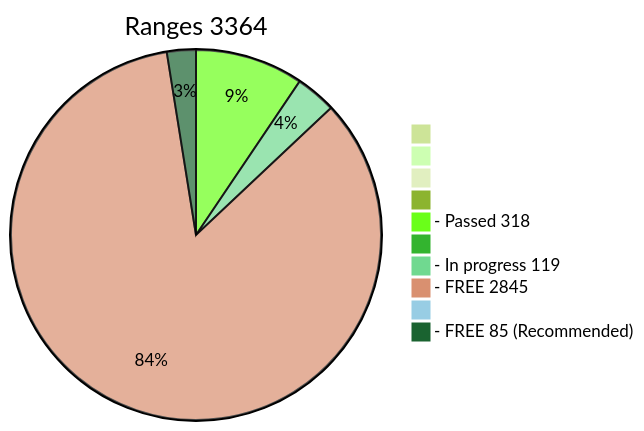
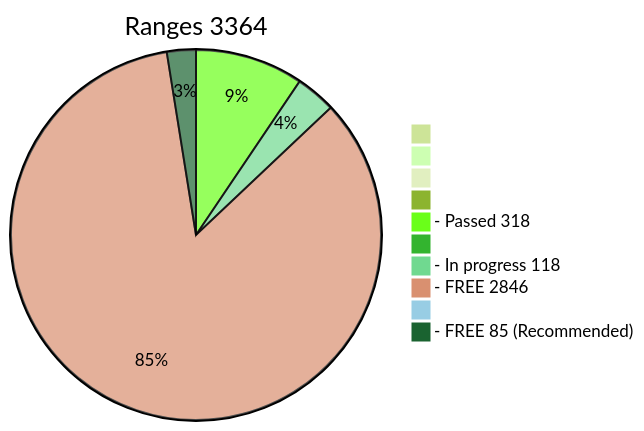
The diagram in x64/Release/table.md (phrutis/wif500), drawn with Mermaid (forest theme) before and after one commit. The commit also changed other lines of this file, not shown here.

````diff
--- a/x64/Release/table.md
+++ b/x64/Release/table.md
@@ -2,13 +2,13 @@
 ```mermaid
 pie title Ranges 3364
   " " : 0
   "  " : 0
   "   " : 0
   "    " : 0
   "- Passed 318" : 318
   "     " : 0
-  "- In progress 119" : 119
-  "- FREE 2845" : 2845
+  "- In progress 118" : 118
+  "- FREE 2846" : 2846
   "      " : 0
   "- FREE 85 (Recommended)" : 85
 ```
````
